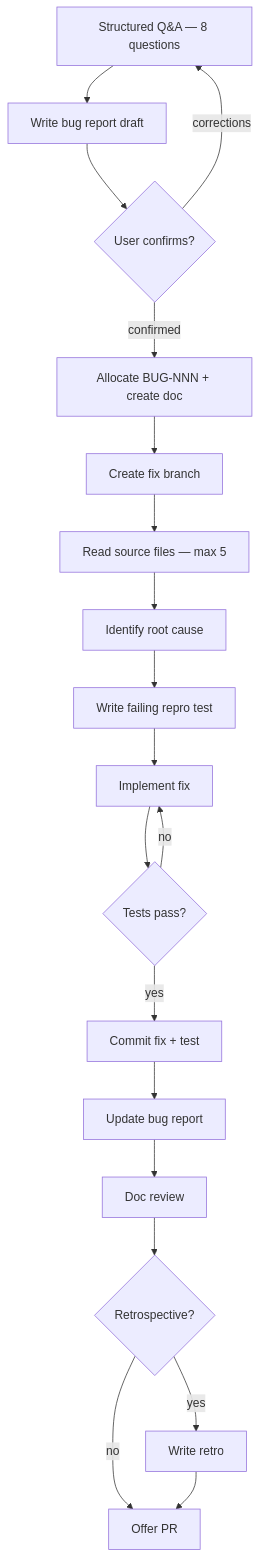
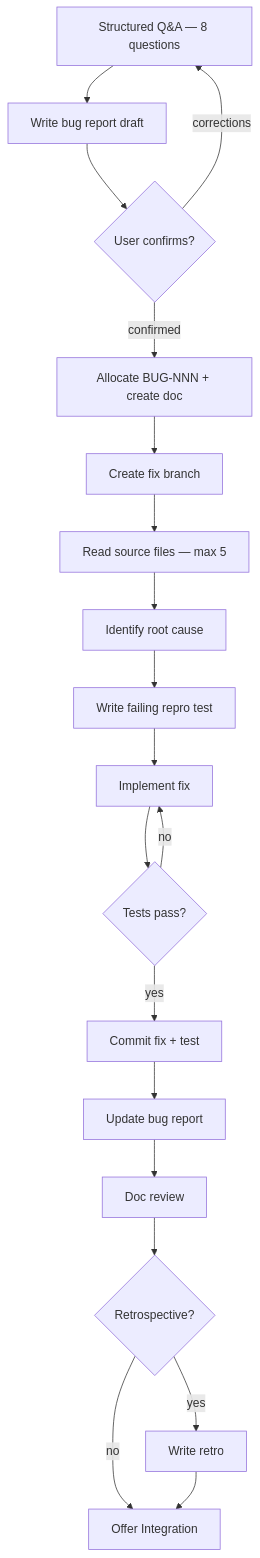
Before and after one commit to rbreunung/spring-kotlin-kafka-gradle-demo-2: the diagram in .claude/skills/bug-fix.md, drawn with Mermaid. The commit also changed 5 other files, not shown here.

Commit message:
chore: rename Offer PR to Offer Integration in flowcharts — generic platform-agnostic exit step

````diff
--- a/.claude/skills/bug-fix.md
+++ b/.claude/skills/bug-fix.md
@@ -8,21 +8,21 @@
 ```mermaid
 flowchart TD
     A[Structured Q&A — 8 questions] --> B[Write bug report draft]
     B --> C{User confirms?}
     C -->|corrections| A
     C -->|confirmed| D[Allocate BUG-NNN + create doc]
     D --> E[Create fix branch]
     E --> F[Read source files — max 5]
     F --> G[Identify root cause]
     G --> H[Write failing repro test]
     H --> I[Implement fix]
     I --> J{Tests pass?}
     J -->|no| I
     J -->|yes| K[Commit fix + test]
     K --> L[Update bug report]
     L --> M[Doc review]
     M --> N{Retrospective?}
     N -->|yes| O[Write retro]
-    N -->|no| P[Offer PR]
+    N -->|no| P[Offer Integration]
     O --> P
 ```
````
